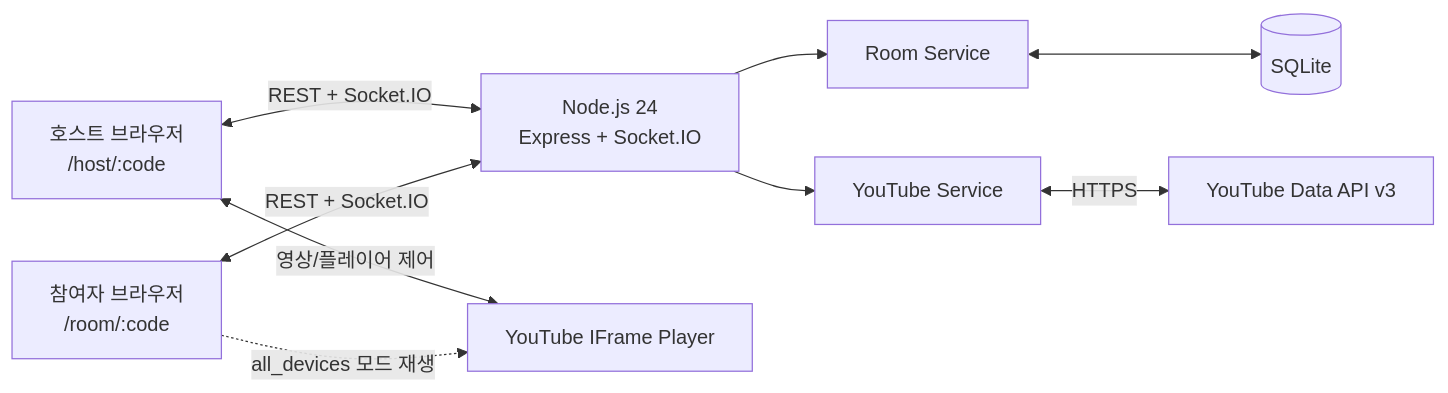
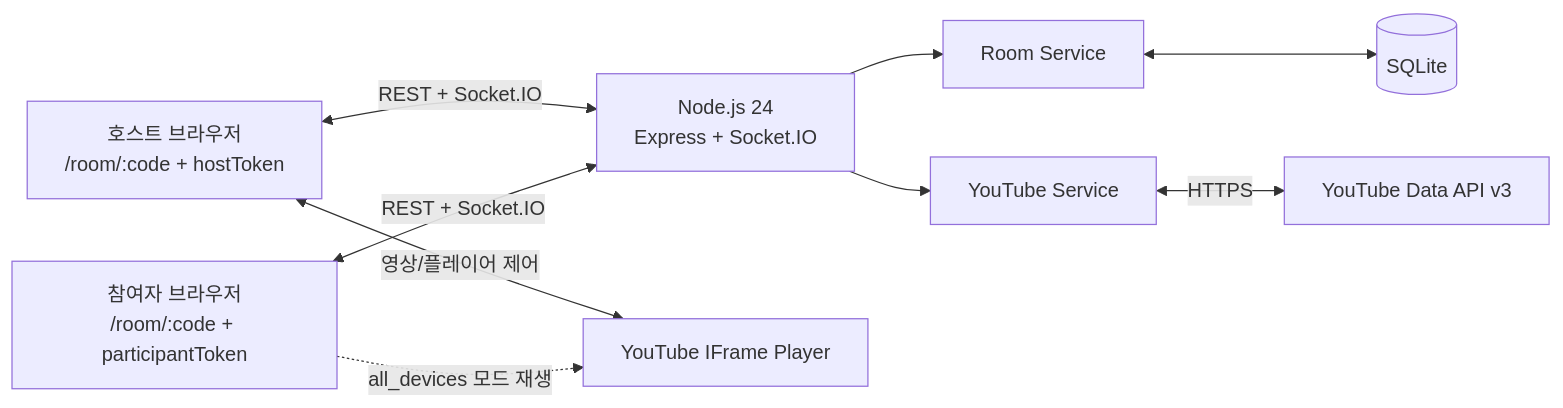
One commit to whitekw/jukebox changed the first of 7 diagrams in docs/ARCHITECTURE.md. Above: the diagram before and after it, drawn with Mermaid. The commit also changed other lines of this file and 19 other files, not shown here.

Commit message:
호스트, 참여자 화면 통합

````diff
--- a/docs/ARCHITECTURE.md
+++ b/docs/ARCHITECTURE.md
@@ -7,20 +7,20 @@
 ```mermaid
 flowchart LR
-    H[호스트 브라우저\n/host/:code]
-    P[참여자 브라우저\n/room/:code]
+    H[호스트 브라우저\n/room/:code + hostToken]
+    P[참여자 브라우저\n/room/:code + participantToken]
     S[Node.js 24\nExpress + Socket.IO]
     R[Room Service]
     Y[YouTube Service]
     DB[(SQLite)]
     YD[YouTube Data API v3]
     YP[YouTube IFrame Player]
 
     H <-->|REST + Socket.IO| S
     P <-->|REST + Socket.IO| S
     S --> R
     S --> Y
     R <--> DB
     Y <-->|HTTPS| YD
     H <-->|영상/플레이어 제어| YP
     P -.->|all_devices 모드 재생| YP
 ```
````
